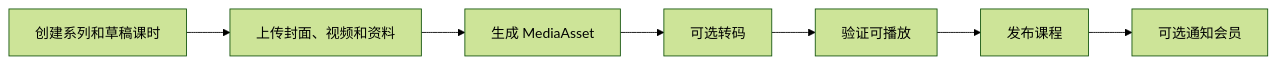
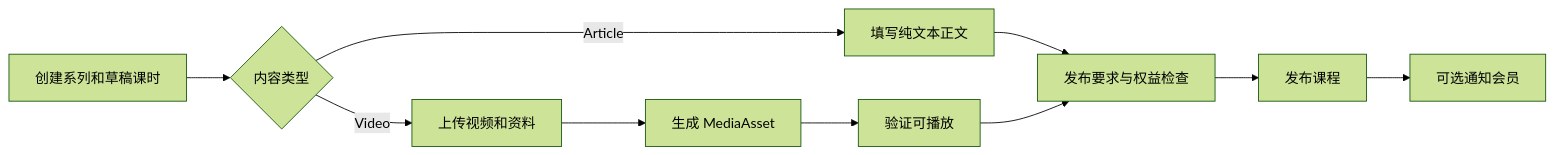
One commit to CzzzzzzJ/mdldm-knowledge-kit changed the fourth of 7 diagrams in ARCHITECTURE.md. Above: the diagram before and after it, drawn with Mermaid (forest theme). The commit also changed other lines of this file and 59 other files, not shown here.

````diff
--- a/ARCHITECTURE.md
+++ b/ARCHITECTURE.md
@@ -133,9 +133,12 @@
 ```mermaid
 flowchart LR
-    Draft["创建系列和草稿课时"] --> Upload["上传封面、视频和资料"]
+    Draft["创建系列和草稿课时"] --> Type{"内容类型"}
+    Type -->|"Article"| Article["填写纯文本正文"]
+    Type -->|"Video"| Upload["上传视频和资料"]
     Upload --> Asset["生成 MediaAsset"]
-    Asset --> Transcode["可选转码"]
-    Transcode --> Verify["验证可播放"]
-    Verify --> Publish["发布课程"]
+    Asset --> Verify["验证可播放"]
+    Article --> Gate["发布要求与权益检查"]
+    Verify --> Gate
+    Gate --> Publish["发布课程"]
     Publish --> Notify["可选通知会员"]
 ```
````
